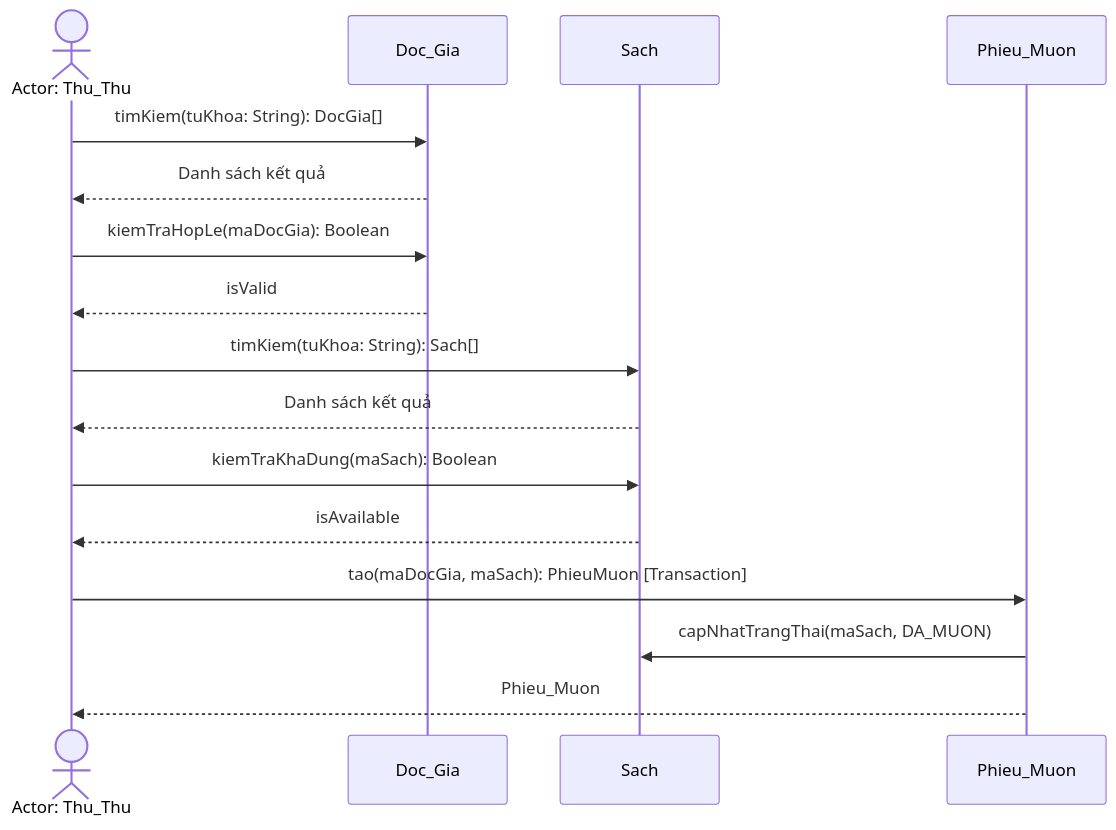
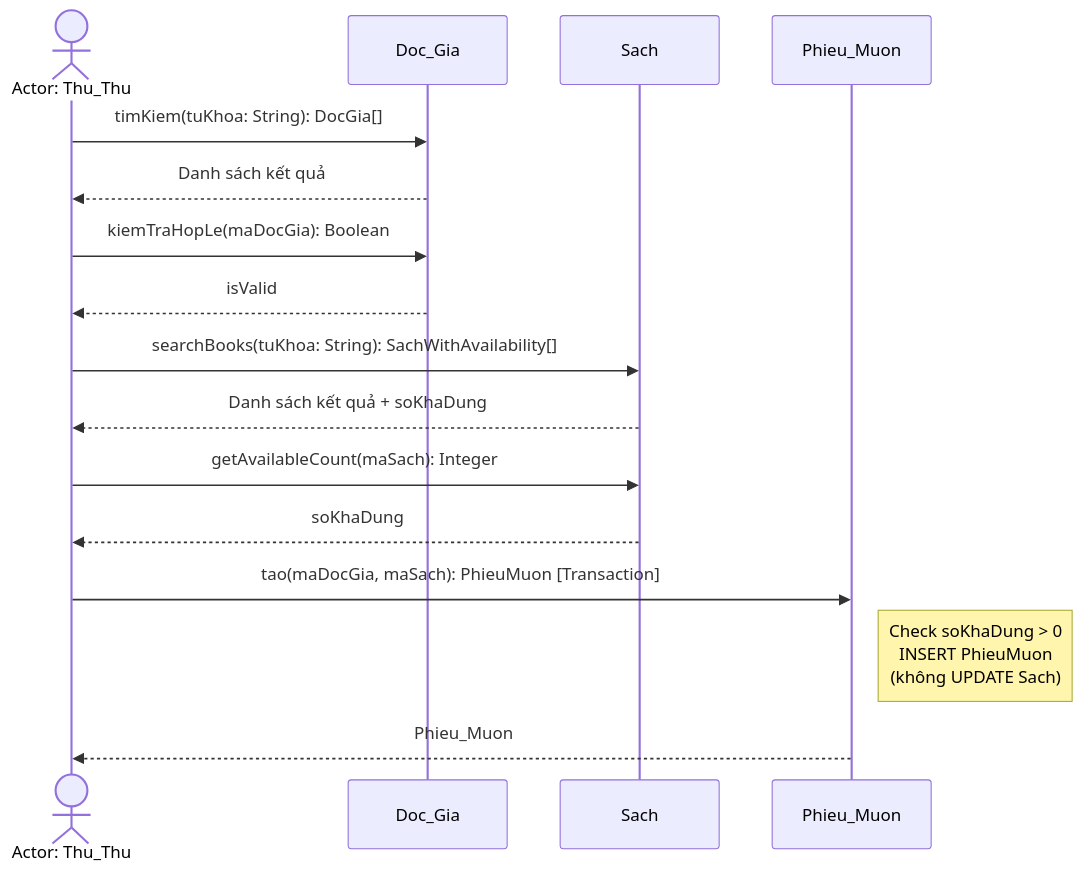
Before and after one commit to NPhamDoan/FULL_QLThuVien: the seventh of 15 diagrams in .kiro/document/BaoCao_3UC_Mermaid.md, drawn with Mermaid. The commit also changed other lines of this file and 37 other files, not shown here.

````diff
--- a/.kiro/document/BaoCao_3UC_Mermaid.md
+++ b/.kiro/document/BaoCao_3UC_Mermaid.md
@@ -210,19 +212,19 @@
 ```mermaid
 sequenceDiagram
     actor TT as Actor: Thu_Thu
     participant DG as Doc_Gia
     participant S as Sach
     participant PM as Phieu_Muon
 
     TT->>DG: timKiem(tuKhoa: String): DocGia[]
     DG-->>TT: Danh sách kết quả
     TT->>DG: kiemTraHopLe(maDocGia): Boolean
     DG-->>TT: isValid
-    TT->>S: timKiem(tuKhoa: String): Sach[]
-    S-->>TT: Danh sách kết quả
-    TT->>S: kiemTraKhaDung(maSach): Boolean
-    S-->>TT: isAvailable
+    TT->>S: searchBooks(tuKhoa: String): SachWithAvailability[]
+    S-->>TT: Danh sách kết quả + soKhaDung
+    TT->>S: getAvailableCount(maSach): Integer
+    S-->>TT: soKhaDung
     TT->>PM: tao(maDocGia, maSach): PhieuMuon [Transaction]
-    PM->>S: capNhatTrangThai(maSach, DA_MUON)
+    Note right of PM: Check soKhaDung > 0<br/>INSERT PhieuMuon<br/>(không UPDATE Sach)
     PM-->>TT: Phieu_Muon
 ```
````
